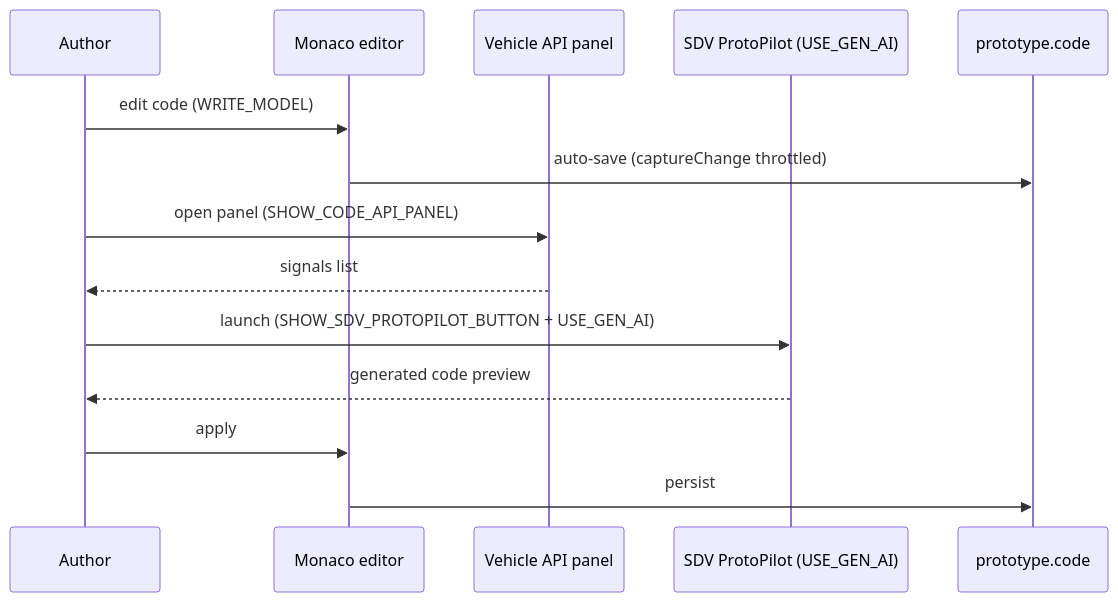
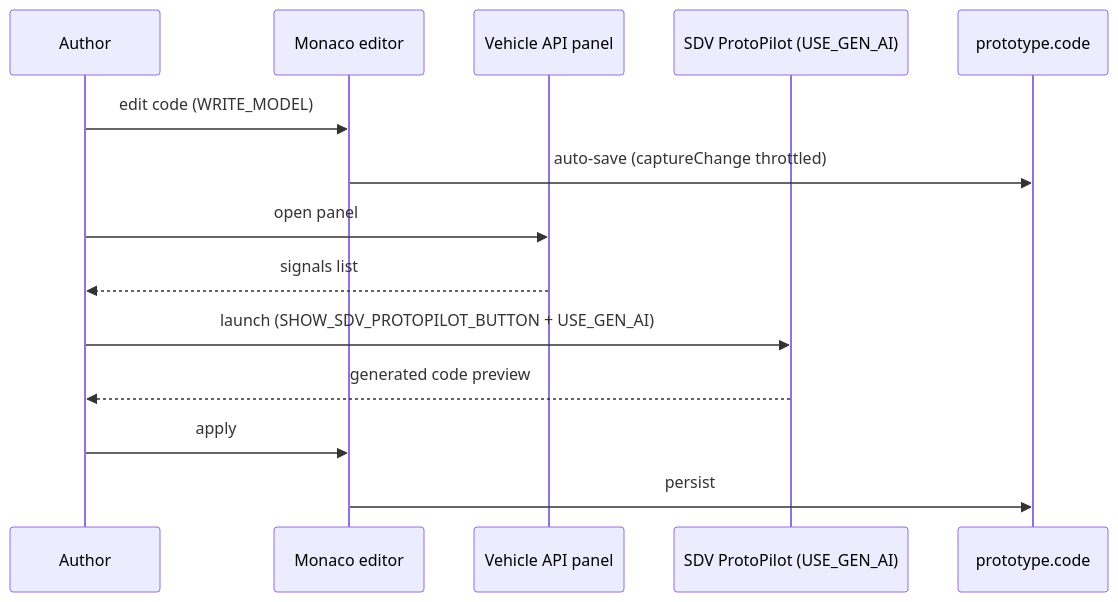
Before and after one commit to eclipse-autowrx/autowrx: the sixth of 10 diagrams in docs/capabilities/prototypes-code.md, drawn with Mermaid. The commit also changed other lines of this file and 5 other files, not shown here.

First line of the commit message:
refactor(prototype-code): drop SHOW_CODE_API_PANEL and SHOW_CODE_DIFF

````diff
--- a/docs/capabilities/prototypes-code.md
+++ b/docs/capabilities/prototypes-code.md
@@ -457,16 +455,16 @@
 ```mermaid
 sequenceDiagram
     participant A as Author
     participant E as Monaco editor
     participant API as Vehicle API panel
     participant AI as SDV ProtoPilot (USE_GEN_AI)
     participant DB as prototype.code
     A->>E: edit code (WRITE_MODEL)
     E->>DB: auto-save (captureChange throttled)
-    A->>API: open panel (SHOW_CODE_API_PANEL)
+    A->>API: open panel
     API-->>A: signals list
     A->>AI: launch (SHOW_SDV_PROTOPILOT_BUTTON + USE_GEN_AI)
     AI-->>A: generated code preview
     A->>E: apply
     E->>DB: persist
 ```
````
